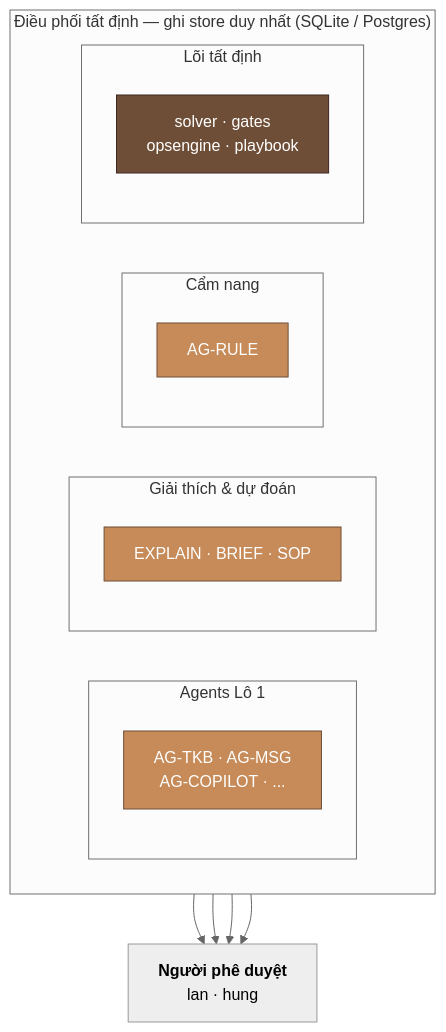
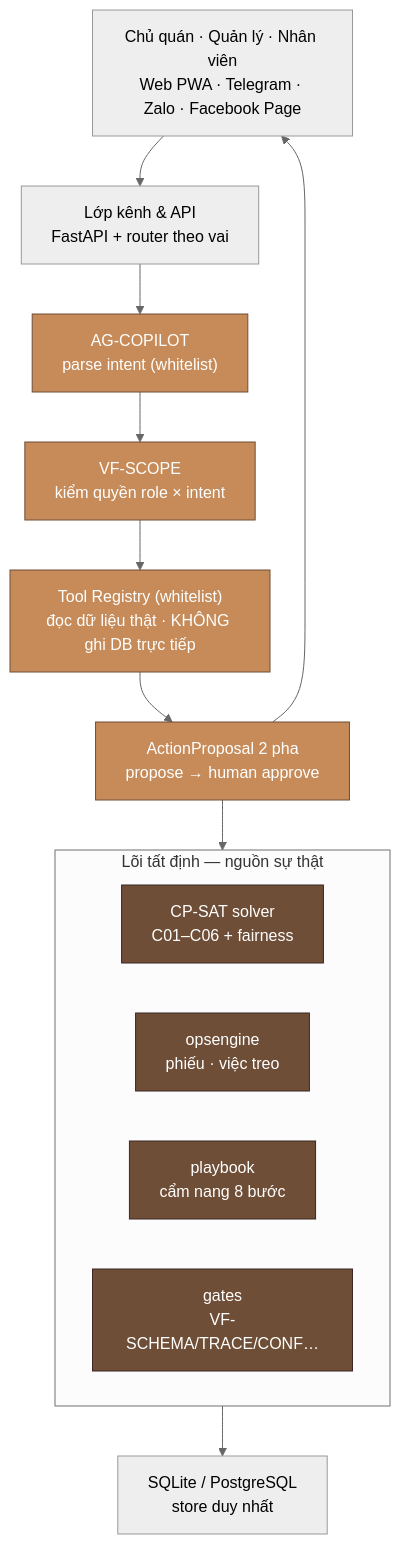
Before and after one commit to KanTrun/Crew-Operations: the first of 9 diagrams in README.md, drawn with Mermaid (neutral theme). The commit also changed other lines of this file and 43 other files, not shown here.

First line of the commit message:
feat(api,web,agents,contracts): hoan doi ca, sensor chain JEV va garde UI

````diff
--- a/README.md
+++ b/README.md
@@ -153,30 +138,23 @@
 ```mermaid
 flowchart TB
-    APR["<b>Người phê duyệt</b><br/>lan · hung"]
-
-    subgraph ORCH["Điều phối tất định — ghi store duy nhất (SQLite / Postgres)"]
+    U["Chủ quán · Quản lý · Nhân viên<br/>Web PWA · Telegram · Zalo · Facebook Page"]
+    U --> CH["Lớp kênh & API<br/>FastAPI + router theo vai"]
+    CH --> COP["AG-COPILOT<br/>parse intent (whitelist)"]
+    COP --> SCOPE["VF-SCOPE<br/>kiểm quyền role × intent"]
+    SCOPE --> TOOLS["Tool Registry (whitelist)<br/>đọc dữ liệu thật · KHÔNG ghi DB trực tiếp"]
+    TOOLS --> PROP["ActionProposal 2 pha<br/>propose → human approve"]
+    PROP --> CORE
+    subgraph CORE["Lõi tất định — nguồn sự thật"]
         direction LR
-        subgraph AG["Agents Lô 1"]
-            A1["AG-TKB · AG-MSG<br/>AG-COPILOT · ..."]
-        end
-        subgraph XP["Giải thích & dự đoán"]
-            A2["EXPLAIN · BRIEF · SOP"]
-        end
-        subgraph RU["Cẩm nang"]
-            A3["AG-RULE"]
-        end
-        subgraph CORE["Lõi tất định"]
-            A4["solver · gates<br/>opsengine · playbook"]
-        end
+        S1["CP-SAT solver<br/>C01–C06 + fairness"]
+        S2["opsengine<br/>phiếu · việc treo"]
+        S3["playbook<br/>cẩm nang 8 bước"]
+        S4["gates<br/>VF-SCHEMA/TRACE/CONF…"]
     end
-
-    AG --> APR
-    XP --> APR
-    RU --> APR
-    CORE --> APR
-
+    CORE --> DB["SQLite / PostgreSQL<br/>store duy nhất"]
+    PROP --> U
     classDef core fill:#6F4E37,stroke:#3E2723,color:#fff
     classDef agent fill:#C68B59,stroke:#6F4E37,color:#fff
-    class A4 core
-    class A1,A2,A3 agent
+    class S1,S2,S3,S4 core
+    class COP,SCOPE,TOOLS,PROP agent
 ```
````
